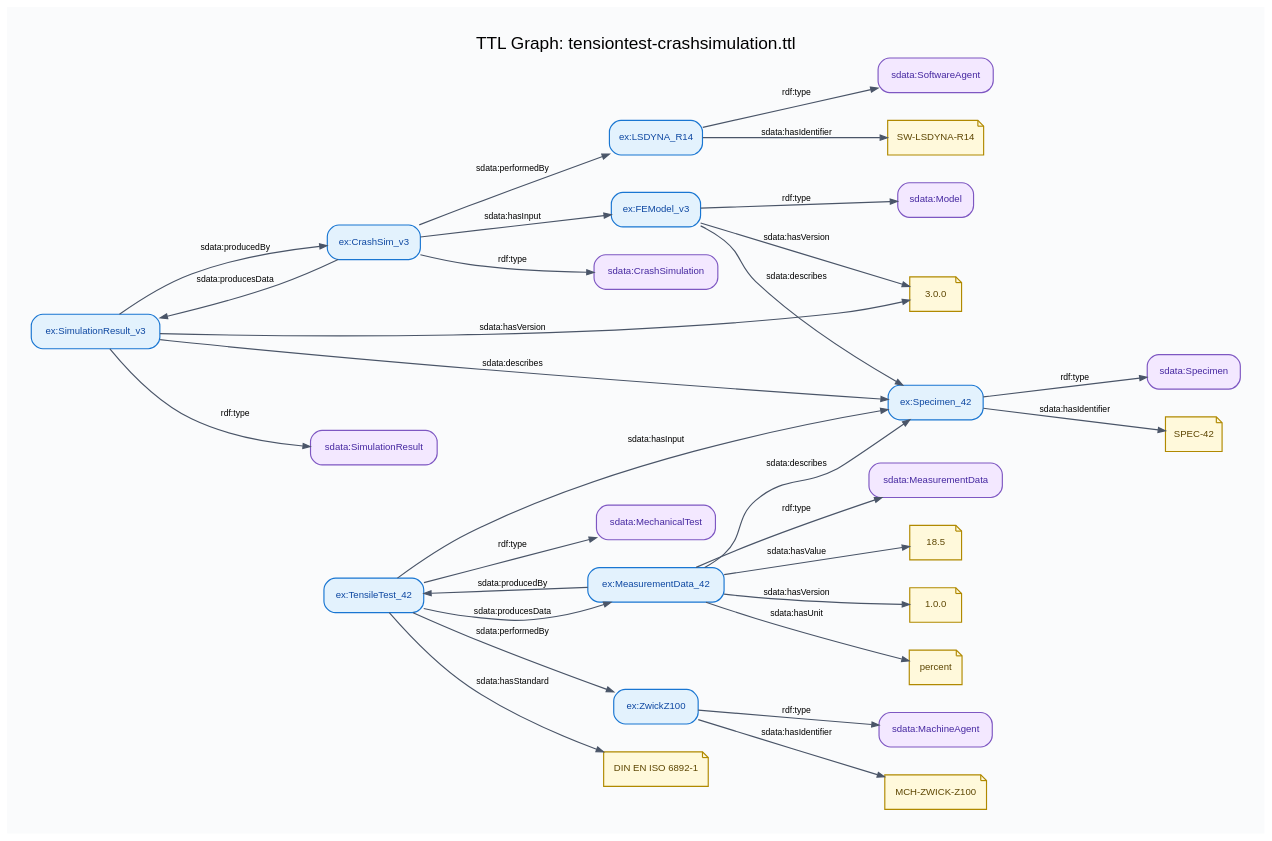
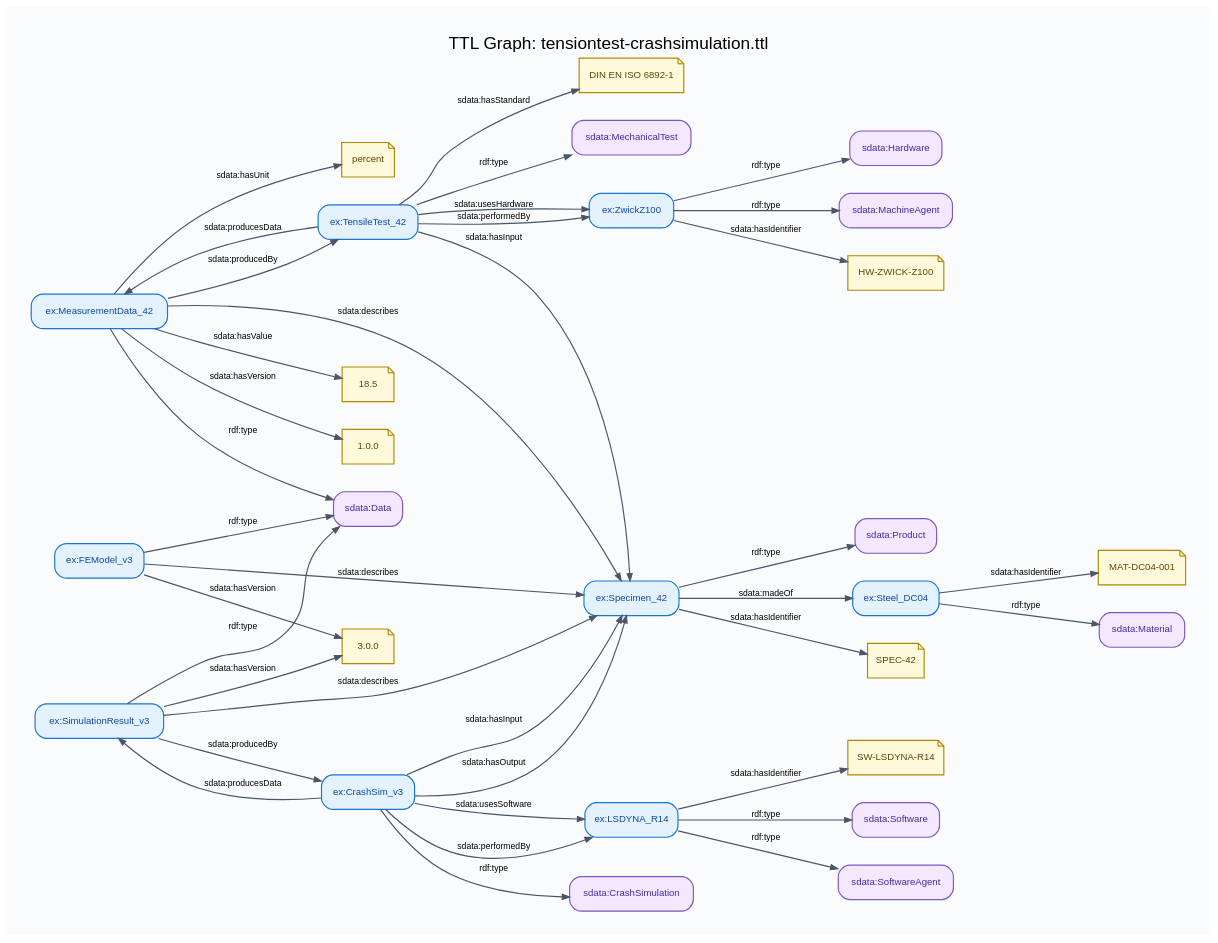
One commit to lepy/sdata-ontology changed the diagram in docs/diagrams/tensiontest-crashsimulation-graph.dot. Above: the diagram before and after it, drawn with Graphviz. The commit also changed 55 other files, not shown here.

Commit message:
feat: migrate ontology to sdata-core v0.8.0 and refresh visualizations

```diff
--- a/docs/diagrams/tensiontest-crashsimulation-graph.dot
+++ b/docs/diagrams/tensiontest-crashsimulation-graph.dot
@@ -26,91 +26,31 @@
 		fontsize=9,
 		penwidth=1.2
 	];
-	"uri::https://example.org/simulation/SimulationResult_v3"	[color="#1976D2",
+	"uri::https://example.org/simulation/MeasurementData_42"	[color="#1976D2",
 		fillcolor="#E3F2FD",
 		fontcolor="#0D47A1",
-		label="ex:SimulationResult_v3"];
-	"uri::https://example.org/simulation/CrashSim_v3"	[color="#1976D2",
+		label="ex:MeasurementData_42"];
+	"lit::percent::::"	[color="#B08900",
+		fillcolor="#FFF9DB",
+		fontcolor="#5C4500",
+		label=percent,
+		shape=note];
+	"uri::https://example.org/simulation/MeasurementData_42" -> "lit::percent::::"	[label="sdata:hasUnit"];
+	"uri::https://example.org/simulation/TensileTest_42"	[color="#1976D2",
 		fillcolor="#E3F2FD",
 		fontcolor="#0D47A1",
-		label="ex:CrashSim_v3"];
-	"uri::https://example.org/simulation/SimulationResult_v3" -> "uri::https://example.org/simulation/CrashSim_v3"	[label="sdata:producedBy"];
+		label="ex:TensileTest_42"];
+	"uri::https://example.org/simulation/MeasurementData_42" -> "uri::https://example.org/simulation/TensileTest_42"	[label="sdata:producedBy"];
 	"uri::https://example.org/simulation/Specimen_42"	[color="#1976D2",
 		fillcolor="#E3F2FD",
 		fontcolor="#0D47A1",
 		label="ex:Specimen_42"];
-	"uri::https://example.org/simulation/SimulationResult_v3" -> "uri::https://example.org/simulation/Specimen_42"	[label="sdata:describes"];
-	"lit::3.0.0::::"	[color="#B08900",
-		fillcolor="#FFF9DB",
-		fontcolor="#5C4500",
-		label="3.0.0",
-		shape=note];
-	"uri::https://example.org/simulation/SimulationResult_v3" -> "lit::3.0.0::::"	[label="sdata:hasVersion"];
-	"uri::https://w3id.org/sdata/core/SimulationResult"	[color="#7E57C2",
+	"uri::https://example.org/simulation/MeasurementData_42" -> "uri::https://example.org/simulation/Specimen_42"	[label="sdata:describes"];
+	"uri::https://w3id.org/sdata/core/Data"	[color="#7E57C2",
 		fillcolor="#F3E8FF",
 		fontcolor="#4527A0",
-		label="sdata:SimulationResult"];
-	"uri::https://example.org/simulation/SimulationResult_v3" -> "uri::https://w3id.org/sdata/core/SimulationResult"	[label="rdf:type"];
-	"uri::https://example.org/simulation/CrashSim_v3" -> "uri::https://example.org/simulation/SimulationResult_v3"	[label="sdata:producesData"];
-	"uri::https://example.org/simulation/LSDYNA_R14"	[color="#1976D2",
-		fillcolor="#E3F2FD",
-		fontcolor="#0D47A1",
-		label="ex:LSDYNA_R14"];
-	"uri::https://example.org/simulation/CrashSim_v3" -> "uri::https://example.org/simulation/LSDYNA_R14"	[label="sdata:performedBy"];
-	"uri::https://example.org/simulation/FEModel_v3"	[color="#1976D2",
-		fillcolor="#E3F2FD",
-		fontcolor="#0D47A1",
-		label="ex:FEModel_v3"];
-	"uri::https://example.org/simulation/CrashSim_v3" -> "uri::https://example.org/simulation/FEModel_v3"	[label="sdata:hasInput"];
-	"uri::https://w3id.org/sdata/core/CrashSimulation"	[color="#7E57C2",
-		fillcolor="#F3E8FF",
-		fontcolor="#4527A0",
-		label="sdata:CrashSimulation"];
-	"uri::https://example.org/simulation/CrashSim_v3" -> "uri::https://w3id.org/sdata/core/CrashSimulation"	[label="rdf:type"];
-	"uri::https://example.org/simulation/TensileTest_42"	[color="#1976D2",
-		fillcolor="#E3F2FD",
-		fontcolor="#0D47A1",
-		label="ex:TensileTest_42"];
-	"lit::DIN EN ISO 6892-1::::"	[color="#B08900",
-		fillcolor="#FFF9DB",
-		fontcolor="#5C4500",
-		label="DIN EN ISO 6892-1",
-		shape=note];
-	"uri::https://example.org/simulation/TensileTest_42" -> "lit::DIN EN ISO 6892-1::::"	[label="sdata:hasStandard"];
-	"uri::https://example.org/simulation/MeasurementData_42"	[color="#1976D2",
-		fillcolor="#E3F2FD",
-		fontcolor="#0D47A1",
-		label="ex:MeasurementData_42"];
-	"uri::https://example.org/simulation/TensileTest_42" -> "uri::https://example.org/simulation/MeasurementData_42"	[label="sdata:producesData"];
-	"uri::https://example.org/simulation/TensileTest_42" -> "uri::https://example.org/simulation/Specimen_42"	[label="sdata:hasInput"];
-	"uri::https://example.org/simulation/ZwickZ100"	[color="#1976D2",
-		fillcolor="#E3F2FD",
-		fontcolor="#0D47A1",
-		label="ex:ZwickZ100"];
-	"uri::https://example.org/simulation/TensileTest_42" -> "uri::https://example.org/simulation/ZwickZ100"	[label="sdata:performedBy"];
-	"uri::https://w3id.org/sdata/core/MechanicalTest"	[color="#7E57C2",
-		fillcolor="#F3E8FF",
-		fontcolor="#4527A0",
-		label="sdata:MechanicalTest"];
-	"uri::https://example.org/simulation/TensileTest_42" -> "uri::https://w3id.org/sdata/core/MechanicalTest"	[label="rdf:type"];
-	"uri::https://w3id.org/sdata/core/SoftwareAgent"	[color="#7E57C2",
-		fillcolor="#F3E8FF",
-		fontcolor="#4527A0",
-		label="sdata:SoftwareAgent"];
-	"uri::https://example.org/simulation/LSDYNA_R14" -> "uri::https://w3id.org/sdata/core/SoftwareAgent"	[label="rdf:type"];
-	"lit::SW-LSDYNA-R14::::"	[color="#B08900",
-		fillcolor="#FFF9DB",
-		fontcolor="#5C4500",
-		label="SW-LSDYNA-R14",
-		shape=note];
-	"uri::https://example.org/simulation/LSDYNA_R14" -> "lit::SW-LSDYNA-R14::::"	[label="sdata:hasIdentifier"];
-	"uri::https://example.org/simulation/MeasurementData_42" -> "uri::https://example.org/simulation/TensileTest_42"	[label="sdata:producedBy"];
-	"uri::https://w3id.org/sdata/core/MeasurementData"	[color="#7E57C2",
-		fillcolor="#F3E8FF",
-		fontcolor="#4527A0",
-		label="sdata:MeasurementData"];
-	"uri::https://example.org/simulation/MeasurementData_42" -> "uri::https://w3id.org/sdata/core/MeasurementData"	[label="rdf:type"];
-	"uri::https://example.org/simulation/MeasurementData_42" -> "uri::https://example.org/simulation/Specimen_42"	[label="sdata:describes"];
+		label="sdata:Data"];
+	"uri::https://example.org/simulation/MeasurementData_42" -> "uri::https://w3id.org/sdata/core/Data"	[label="rdf:type"];
 	"lit::18.5::http://www.w3.org/2001/XMLSchema#decimal::"	[color="#B08900",
 		fillcolor="#FFF9DB",
 		fontcolor="#5C4500",
@@ -123,39 +63,120 @@
 		label="1.0.0",
 		shape=note];
 	"uri::https://example.org/simulation/MeasurementData_42" -> "lit::1.0.0::::"	[label="sdata:hasVersion"];
-	"lit::percent::::"	[color="#B08900",
+	"uri::https://example.org/simulation/TensileTest_42" -> "uri::https://example.org/simulation/MeasurementData_42"	[label="sdata:producesData"];
+	"lit::DIN EN ISO 6892-1::::"	[color="#B08900",
 		fillcolor="#FFF9DB",
 		fontcolor="#5C4500",
-		label=percent,
+		label="DIN EN ISO 6892-1",
 		shape=note];
-	"uri::https://example.org/simulation/MeasurementData_42" -> "lit::percent::::"	[label="sdata:hasUnit"];
-	"uri::https://w3id.org/sdata/core/Model"	[color="#7E57C2",
+	"uri::https://example.org/simulation/TensileTest_42" -> "lit::DIN EN ISO 6892-1::::"	[label="sdata:hasStandard"];
+	"uri::https://example.org/simulation/TensileTest_42" -> "uri::https://example.org/simulation/Specimen_42"	[label="sdata:hasInput"];
+	"uri::https://w3id.org/sdata/core/MechanicalTest"	[color="#7E57C2",
 		fillcolor="#F3E8FF",
 		fontcolor="#4527A0",
-		label="sdata:Model"];
-	"uri::https://example.org/simulation/FEModel_v3" -> "uri::https://w3id.org/sdata/core/Model"	[label="rdf:type"];
-	"uri::https://example.org/simulation/FEModel_v3" -> "uri::https://example.org/simulation/Specimen_42"	[label="sdata:describes"];
-	"uri::https://example.org/simulation/FEModel_v3" -> "lit::3.0.0::::"	[label="sdata:hasVersion"];
-	"uri::https://w3id.org/sdata/core/Specimen"	[color="#7E57C2",
+		label="sdata:MechanicalTest"];
+	"uri::https://example.org/simulation/TensileTest_42" -> "uri::https://w3id.org/sdata/core/MechanicalTest"	[label="rdf:type"];
+	"uri::https://example.org/simulation/ZwickZ100"	[color="#1976D2",
+		fillcolor="#E3F2FD",
+		fontcolor="#0D47A1",
+		label="ex:ZwickZ100"];
+	"uri::https://example.org/simulation/TensileTest_42" -> "uri::https://example.org/simulation/ZwickZ100"	[label="sdata:performedBy"];
+	"uri::https://example.org/simulation/TensileTest_42" -> "uri::https://example.org/simulation/ZwickZ100"	[label="sdata:usesHardware"];
+	"uri::https://w3id.org/sdata/core/Product"	[color="#7E57C2",
 		fillcolor="#F3E8FF",
 		fontcolor="#4527A0",
-		label="sdata:Specimen"];
-	"uri::https://example.org/simulation/Specimen_42" -> "uri::https://w3id.org/sdata/core/Specimen"	[label="rdf:type"];
+		label="sdata:Product"];
+	"uri::https://example.org/simulation/Specimen_42" -> "uri::https://w3id.org/sdata/core/Product"	[label="rdf:type"];
+	"uri::https://example.org/simulation/Steel_DC04"	[color="#1976D2",
+		fillcolor="#E3F2FD",
+		fontcolor="#0D47A1",
+		label="ex:Steel_DC04"];
+	"uri::https://example.org/simulation/Specimen_42" -> "uri::https://example.org/simulation/Steel_DC04"	[label="sdata:madeOf"];
 	"lit::SPEC-42::::"	[color="#B08900",
 		fillcolor="#FFF9DB",
 		fontcolor="#5C4500",
 		label="SPEC-42",
 		shape=note];
 	"uri::https://example.org/simulation/Specimen_42" -> "lit::SPEC-42::::"	[label="sdata:hasIdentifier"];
-	"lit::MCH-ZWICK-Z100::::"	[color="#B08900",
+	"uri::https://example.org/simulation/SimulationResult_v3"	[color="#1976D2",
+		fillcolor="#E3F2FD",
+		fontcolor="#0D47A1",
+		label="ex:SimulationResult_v3"];
+	"uri::https://example.org/simulation/SimulationResult_v3" -> "uri::https://example.org/simulation/Specimen_42"	[label="sdata:describes"];
+	"lit::3.0.0::::"	[color="#B08900",
 		fillcolor="#FFF9DB",
 		fontcolor="#5C4500",
-		label="MCH-ZWICK-Z100",
+		label="3.0.0",
 		shape=note];
-	"uri::https://example.org/simulation/ZwickZ100" -> "lit::MCH-ZWICK-Z100::::"	[label="sdata:hasIdentifier"];
+	"uri::https://example.org/simulation/SimulationResult_v3" -> "lit::3.0.0::::"	[label="sdata:hasVersion"];
+	"uri::https://example.org/simulation/SimulationResult_v3" -> "uri::https://w3id.org/sdata/core/Data"	[label="rdf:type"];
+	"uri::https://example.org/simulation/CrashSim_v3"	[color="#1976D2",
+		fillcolor="#E3F2FD",
+		fontcolor="#0D47A1",
+		label="ex:CrashSim_v3"];
+	"uri::https://example.org/simulation/SimulationResult_v3" -> "uri::https://example.org/simulation/CrashSim_v3"	[label="sdata:producedBy"];
+	"uri::https://example.org/simulation/LSDYNA_R14"	[color="#1976D2",
+		fillcolor="#E3F2FD",
+		fontcolor="#0D47A1",
+		label="ex:LSDYNA_R14"];
+	"lit::SW-LSDYNA-R14::::"	[color="#B08900",
+		fillcolor="#FFF9DB",
+		fontcolor="#5C4500",
+		label="SW-LSDYNA-R14",
+		shape=note];
+	"uri::https://example.org/simulation/LSDYNA_R14" -> "lit::SW-LSDYNA-R14::::"	[label="sdata:hasIdentifier"];
+	"uri::https://w3id.org/sdata/core/Software"	[color="#7E57C2",
+		fillcolor="#F3E8FF",
+		fontcolor="#4527A0",
+		label="sdata:Software"];
+	"uri::https://example.org/simulation/LSDYNA_R14" -> "uri::https://w3id.org/sdata/core/Software"	[label="rdf:type"];
+	"uri::https://w3id.org/sdata/core/SoftwareAgent"	[color="#7E57C2",
+		fillcolor="#F3E8FF",
+		fontcolor="#4527A0",
+		label="sdata:SoftwareAgent"];
+	"uri::https://example.org/simulation/LSDYNA_R14" -> "uri::https://w3id.org/sdata/core/SoftwareAgent"	[label="rdf:type"];
+	"uri::https://example.org/simulation/CrashSim_v3" -> "uri::https://example.org/simulation/Specimen_42"	[label="sdata:hasOutput"];
+	"uri::https://example.org/simulation/CrashSim_v3" -> "uri::https://example.org/simulation/Specimen_42"	[label="sdata:hasInput"];
+	"uri::https://example.org/simulation/CrashSim_v3" -> "uri::https://example.org/simulation/SimulationResult_v3"	[label="sdata:producesData"];
+	"uri::https://example.org/simulation/CrashSim_v3" -> "uri::https://example.org/simulation/LSDYNA_R14"	[label="sdata:performedBy"];
+	"uri::https://example.org/simulation/CrashSim_v3" -> "uri::https://example.org/simulation/LSDYNA_R14"	[label="sdata:usesSoftware"];
+	"uri::https://w3id.org/sdata/core/CrashSimulation"	[color="#7E57C2",
+		fillcolor="#F3E8FF",
+		fontcolor="#4527A0",
+		label="sdata:CrashSimulation"];
+	"uri::https://example.org/simulation/CrashSim_v3" -> "uri::https://w3id.org/sdata/core/CrashSimulation"	[label="rdf:type"];
+	"uri::https://w3id.org/sdata/core/Hardware"	[color="#7E57C2",
+		fillcolor="#F3E8FF",
+		fontcolor="#4527A0",
+		label="sdata:Hardware"];
+	"uri::https://example.org/simulation/ZwickZ100" -> "uri::https://w3id.org/sdata/core/Hardware"	[label="rdf:type"];
 	"uri::https://w3id.org/sdata/core/MachineAgent"	[color="#7E57C2",
 		fillcolor="#F3E8FF",
 		fontcolor="#4527A0",
 		label="sdata:MachineAgent"];
 	"uri::https://example.org/simulation/ZwickZ100" -> "uri::https://w3id.org/sdata/core/MachineAgent"	[label="rdf:type"];
+	"lit::HW-ZWICK-Z100::::"	[color="#B08900",
+		fillcolor="#FFF9DB",
+		fontcolor="#5C4500",
+		label="HW-ZWICK-Z100",
+		shape=note];
+	"uri::https://example.org/simulation/ZwickZ100" -> "lit::HW-ZWICK-Z100::::"	[label="sdata:hasIdentifier"];
+	"lit::MAT-DC04-001::::"	[color="#B08900",
+		fillcolor="#FFF9DB",
+		fontcolor="#5C4500",
+		label="MAT-DC04-001",
+		shape=note];
+	"uri::https://example.org/simulation/Steel_DC04" -> "lit::MAT-DC04-001::::"	[label="sdata:hasIdentifier"];
+	"uri::https://w3id.org/sdata/core/Material"	[color="#7E57C2",
+		fillcolor="#F3E8FF",
+		fontcolor="#4527A0",
+		label="sdata:Material"];
+	"uri::https://example.org/simulation/Steel_DC04" -> "uri::https://w3id.org/sdata/core/Material"	[label="rdf:type"];
+	"uri::https://example.org/simulation/FEModel_v3"	[color="#1976D2",
+		fillcolor="#E3F2FD",
+		fontcolor="#0D47A1",
+		label="ex:FEModel_v3"];
+	"uri::https://example.org/simulation/FEModel_v3" -> "uri::https://example.org/simulation/Specimen_42"	[label="sdata:describes"];
+	"uri::https://example.org/simulation/FEModel_v3" -> "lit::3.0.0::::"	[label="sdata:hasVersion"];
+	"uri::https://example.org/simulation/FEModel_v3" -> "uri::https://w3id.org/sdata/core/Data"	[label="rdf:type"];
 }
```
